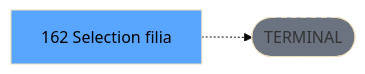
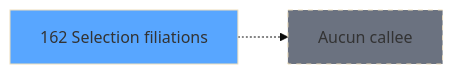
One commit to thonyAGP/magic-migration changed the third of 3 diagrams in .openspec/specs/ADH-IDE-162.md. Above: the diagram before and after it, drawn with Mermaid (base theme). The commit also changed other lines of this file and 253 other files, not shown here.

````diff
--- a/.openspec/specs/ADH-IDE-162.md
+++ b/.openspec/specs/ADH-IDE-162.md
@@ -135,8 +545,8 @@
 ```mermaid
 graph LR
-    T[162 Selection filia]
-    TERM([TERMINAL])
-    T -.-> TERM
-    style TERM fill:#6b7280,stroke-dasharray: 5 5
-    style T fill:#58a6ff,color:#000
+    T162[162 Selection filiations]
+    style T162 fill:#58a6ff
+    NONE[Aucun callee]
+    T162 -.-> NONE
+    style NONE fill:#6b7280,stroke-dasharray: 5 5
 ```
````
